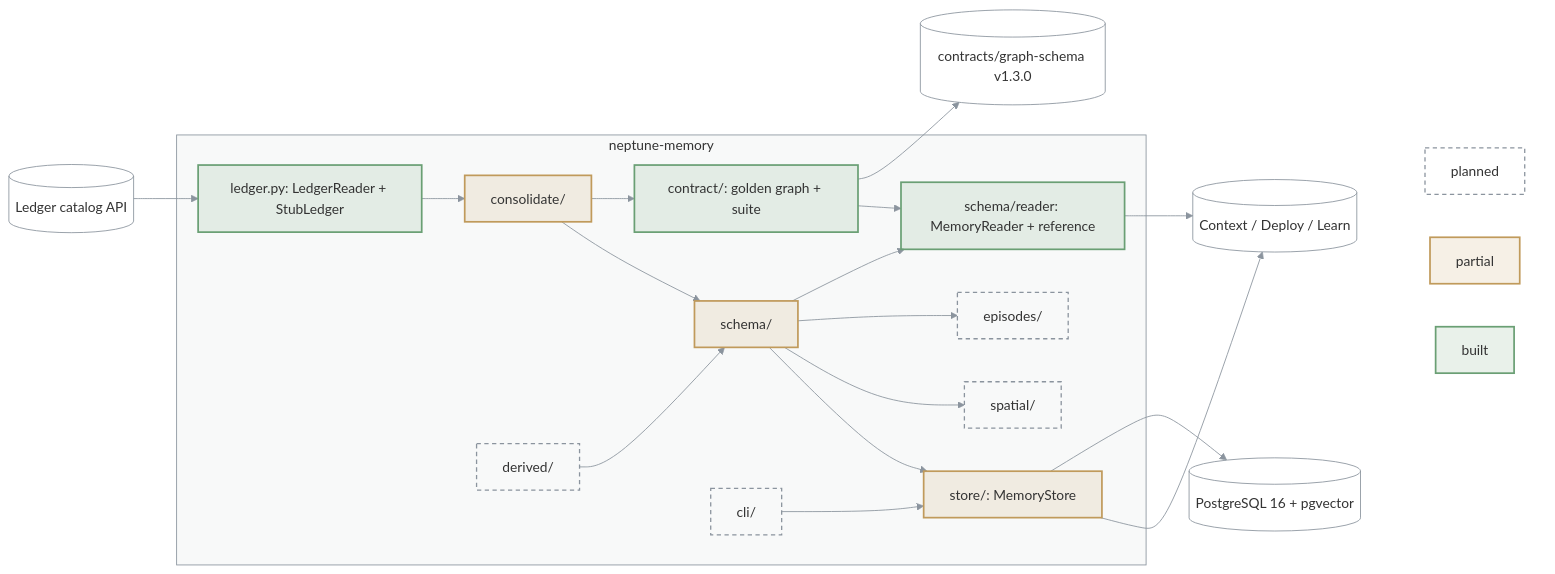
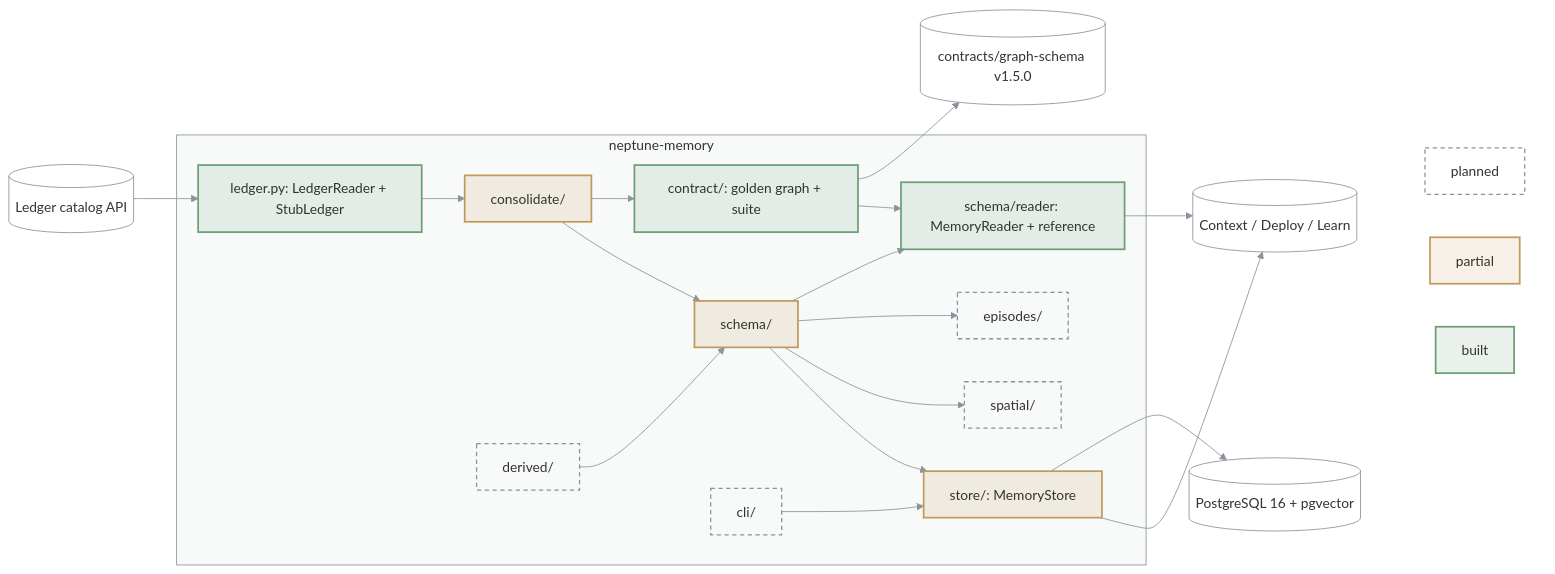
The diagram in packages/neptune-memory/ARCHITECTURE.md (bennytay/neptune), drawn with Mermaid before and after one commit. The commit also changed 25 other files, not shown here.

First line of the commit message:
feat(memory): publish the episode vocabulary as graph-schema 1.5.0 (vocabulary 7)

````diff
--- a/packages/neptune-memory/ARCHITECTURE.md
+++ b/packages/neptune-memory/ARCHITECTURE.md
@@ -3,48 +3,48 @@
 ```mermaid
 flowchart LR
   LED[("Ledger catalog API")]
   PG[("PostgreSQL 16 + pgvector")]
   subgraph M["neptune-memory"]
     SEAM["ledger.py: LedgerReader + StubLedger"]
     CON["consolidate/"]
     DER["derived/"]
     SCH["schema/"]
     RD["schema/reader: MemoryReader + reference"]
     CT["contract/: golden graph + suite"]
     STO["store/: MemoryStore"]
     SPA["spatial/"]
     EPI["episodes/"]
     CLI["cli/"]
   end
   OUT[("Context / Deploy / Learn")]
   LED --> SEAM --> CON --> SCH --> STO
   DER --> SCH
   SCH --> SPA & EPI
   SCH --> RD --> OUT
   CON --> CT --> RD
-  CT --> REG[("contracts/graph-schema v1.3.0")]
+  CT --> REG[("contracts/graph-schema v1.5.0")]
   STO --> OUT
   CLI --> STO
   STO --> PG
 
   subgraph KEY[" "]
     K1["built"]
     K2["partial"]
     K3["planned"]
   end
   OUT ~~~ K1 & K2 & K3
 
   classDef built fill:#6a9f7426,stroke:#6a9f74,stroke-width:2px
   classDef partial fill:#c09a5b26,stroke:#c09a5b,stroke-width:2px
   classDef todo fill:none,stroke:#8b949e,stroke-width:1.5px,stroke-dasharray:5 4
   classDef ext fill:none,stroke:#8b949e,stroke-width:1px
   class K1 built
   class K2 partial
   class DER,SPA,EPI,CLI,K3 todo
   class CON,SCH,STO partial
   class SEAM,RD,CT built
   class LED,OUT,PG,REG ext
   style M fill:#8b949e0f,stroke:#8b949e
   style KEY fill:none,stroke:none
   linkStyle default stroke:#8b949e
 ```
````
